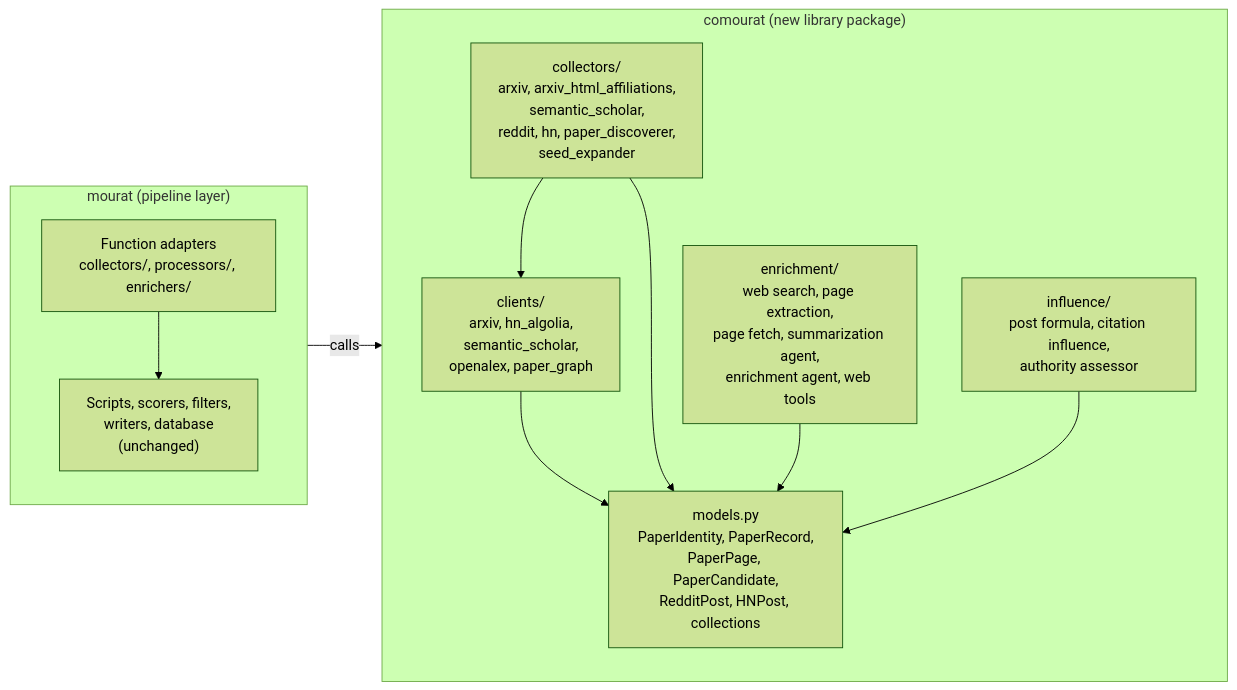
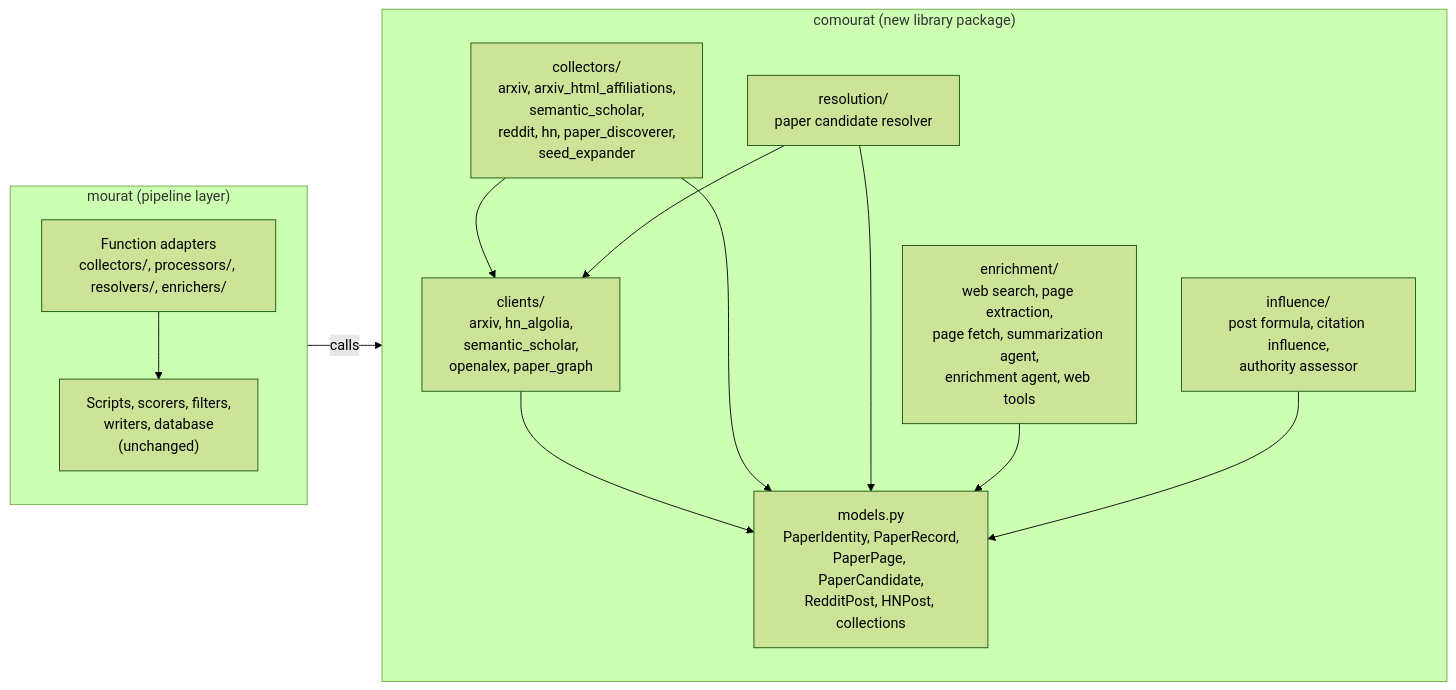
Before and after one commit to anton-pershin/mourat: the diagram in .internal/specs/22-comourat-general-spec.md, drawn with Mermaid (forest theme). The commit also changed other lines of this file, not shown here.

Commit message:
Revise spec 22 to extract paper candidate resolution

````diff
--- a/.internal/specs/22-comourat-general-spec.md
+++ b/.internal/specs/22-comourat-general-spec.md
@@ -76,23 +80,26 @@
 ```mermaid
 flowchart LR
   subgraph M["mourat (pipeline layer)"]
     direction TB
-    ADS["Function adapters\ncollectors/, processors/, enrichers/"]
+    ADS["Function adapters\ncollectors/, processors/, resolvers/, enrichers/"]
     ORCH["Scripts, scorers, filters,\nwriters, database\n(unchanged)"]
     ADS --> ORCH
   end
   subgraph C["comourat (new library package)"]
     direction TB
     MODELS["models.py\nPaperIdentity, PaperRecord,\nPaperPage, PaperCandidate,\nRedditPost, HNPost, collections"]
     CLIENTS["clients/\narxiv, hn_algolia,\nsemantic_scholar,\nopenalex, paper_graph"]
     COLLECT["collectors/\narxiv, arxiv_html_affiliations,\nsemantic_scholar,\nreddit, hn, paper_discoverer,\nseed_expander"]
+    RESOLVE["resolution/\npaper candidate resolver"]
     ENRICH["enrichment/\nweb search, page extraction,\npage fetch, summarization agent,\nenrichment agent, web tools"]
     INFLUENCE["influence/\npost formula, citation influence,\nauthority assessor"]
     CLIENTS --> MODELS
     COLLECT --> CLIENTS
     COLLECT --> MODELS
+    RESOLVE --> CLIENTS
+    RESOLVE --> MODELS
     ENRICH --> MODELS
     INFLUENCE --> MODELS
   end
   ADS -->|"calls"| C
 ```
````
